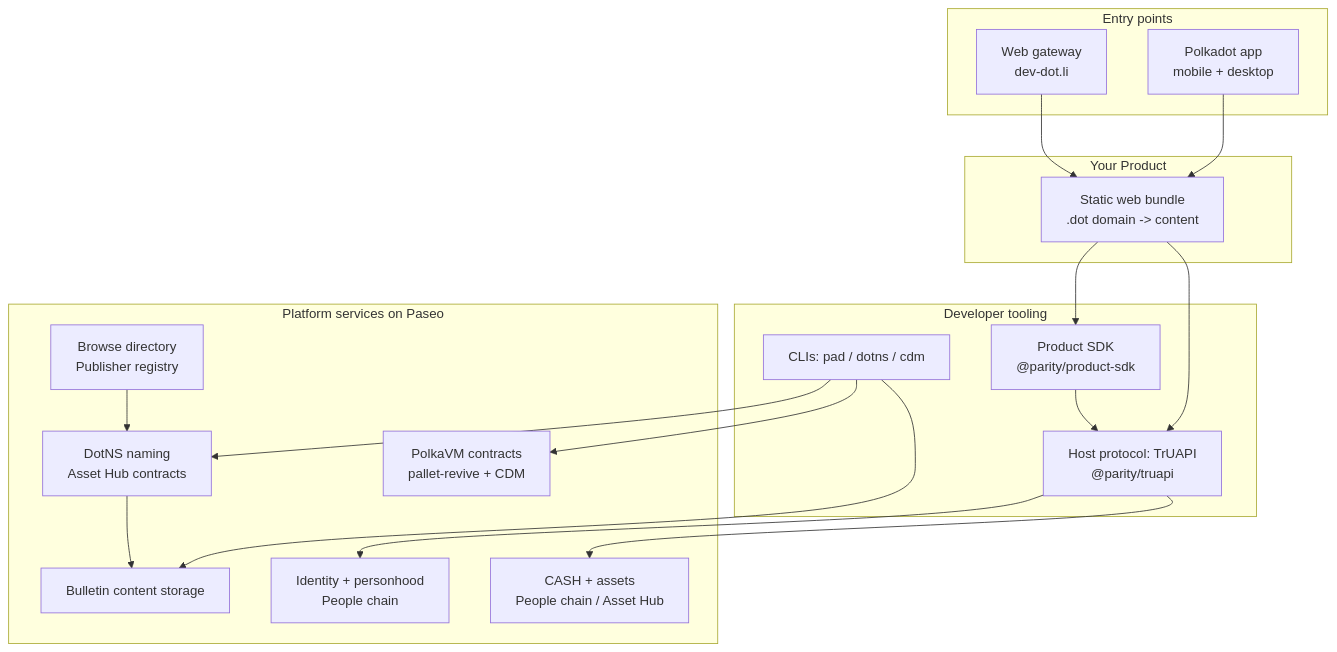
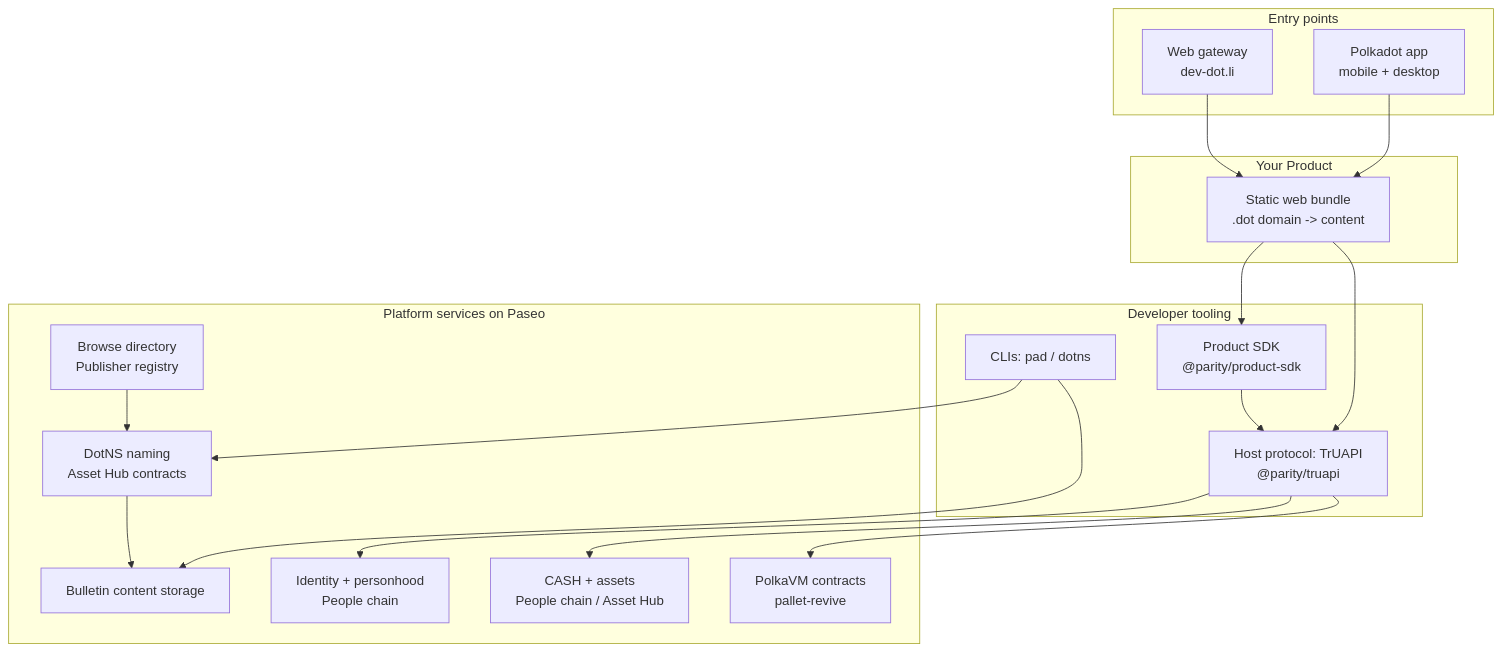
Before and after one commit to Polkadot-Community-Foundation/polkadot-app-docs: the diagram in docs/getting-started/developers.md, drawn with Mermaid. The commit also changed other lines of this file and 25 other files, not shown here.

First line of the commit message:
docs: document pad 0.22.1 and dotns-cli 1.0.0, take CDM out, update the October post

````diff
--- a/docs/getting-started/developers.md
+++ b/docs/getting-started/developers.md
@@ -24,35 +24,35 @@
 ```mermaid
 flowchart TD
   subgraph U[Entry points]
     APP[Polkadot app<br/>mobile + desktop]
     GW[Web gateway<br/>dev-dot.li]
   end
   subgraph D[Your Product]
     BUNDLE[Static web bundle<br/>.dot domain -> content]
   end
   subgraph S[Developer tooling]
     SDK[Product SDK<br/>@parity/product-sdk]
     HOST[Host protocol: TrUAPI<br/>@parity/truapi]
-    CLIS[CLIs: pad / dotns / cdm]
+    CLIS[CLIs: pad / dotns]
   end
   subgraph P[Platform services on Paseo]
     NAME[DotNS naming<br/>Asset Hub contracts]
     STORE[Bulletin content storage]
     ID[Identity + personhood<br/>People chain]
     MONEY[CASH + assets<br/>People chain / Asset Hub]
-    CONTRACTS[PolkaVM contracts<br/>pallet-revive + CDM]
+    CONTRACTS[PolkaVM contracts<br/>pallet-revive]
     BROWSE[Browse directory<br/>Publisher registry]
   end
   APP --> BUNDLE
   GW --> BUNDLE
   BUNDLE --> HOST
   BUNDLE --> SDK
   SDK --> HOST
   CLIS --> NAME
   CLIS --> STORE
-  CLIS --> CONTRACTS
   HOST --> ID
   HOST --> MONEY
+  HOST --> CONTRACTS
   NAME --> STORE
   BROWSE --> NAME
 ```
````
